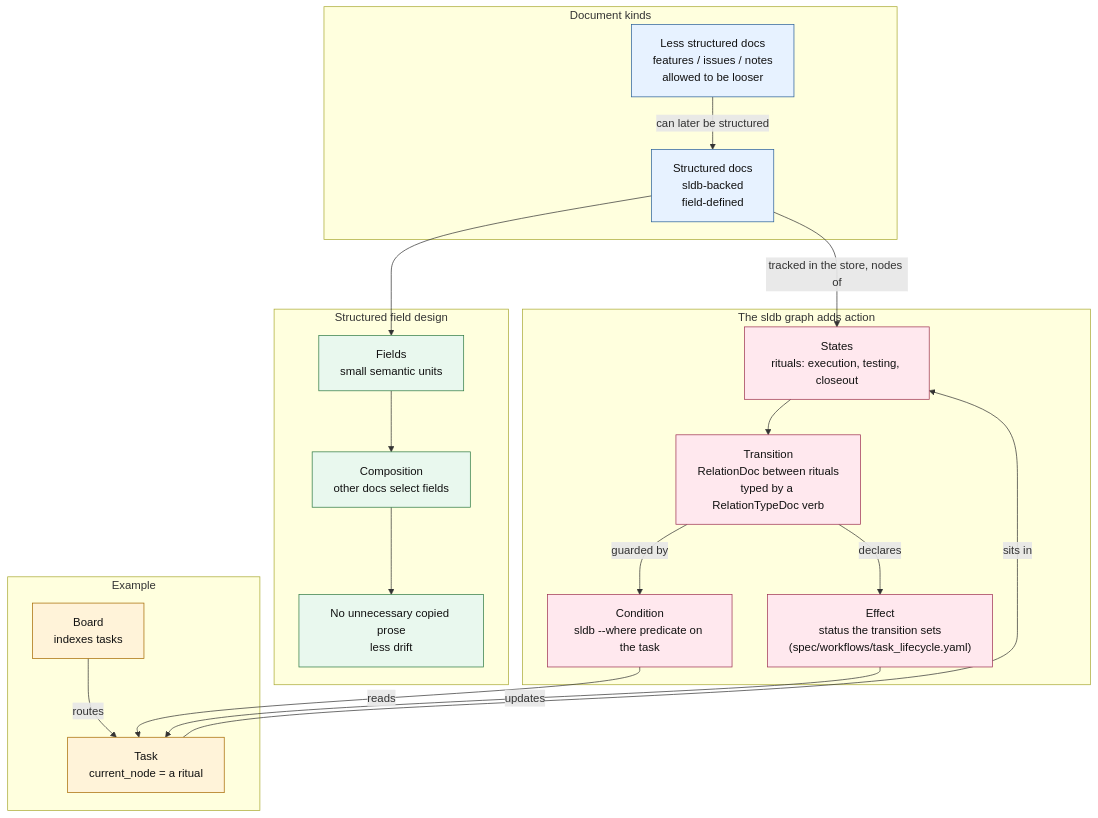
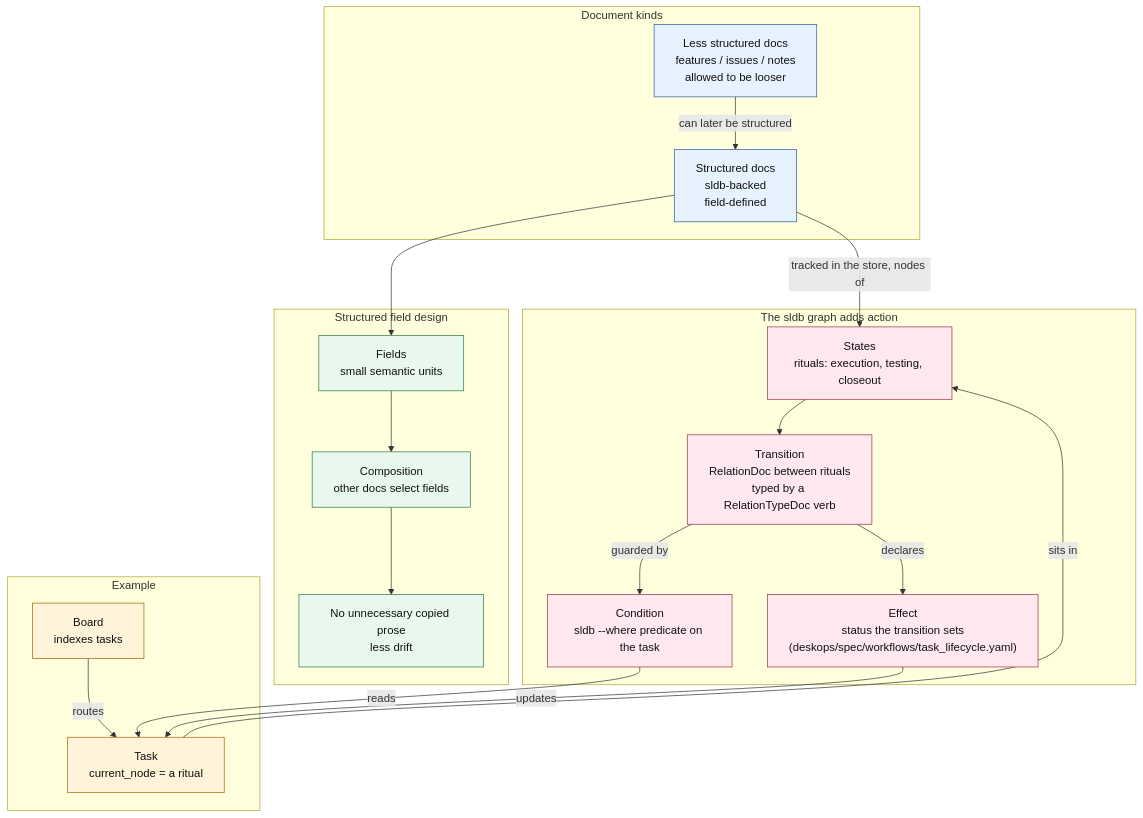
The diagram in docs/diagrams/documents/document-structure-and-primitives.md (jpcosec/opsys), drawn with Mermaid before and after one commit. The commit also changed 99 other files, not shown here.

````diff
--- a/docs/diagrams/documents/document-structure-and-primitives.md
+++ b/docs/diagrams/documents/document-structure-and-primitives.md
@@ -13,49 +13,49 @@
 ```mermaid
 flowchart TB
     subgraph Documents["Document kinds"]
         structured["Structured docs\nsldb-backed\nfield-defined"]
         loose["Less structured docs\nfeatures / issues / notes\nallowed to be looser"]
     end
 
     subgraph Fields["Structured field design"]
         fields["Fields\nsmall semantic units"]
         compose["Composition\nother docs select fields"]
         nodrift["No unnecessary copied prose\nless drift"]
     end
 
     subgraph Graph["The sldb graph adds action"]
         states["States\nrituals: execution, testing, closeout"]
         transition["Transition\nRelationDoc between rituals\ntyped by a RelationTypeDoc verb"]
         condition["Condition\nsldb --where predicate on the task"]
-        effect["Effect\nstatus the transition sets\n(spec/workflows/task_lifecycle.yaml)"]
+        effect["Effect\nstatus the transition sets\n(deskops/spec/workflows/task_lifecycle.yaml)"]
     end
 
     subgraph Example["Example"]
         board["Board\nindexes tasks"]
         task["Task\ncurrent_node = a ritual"]
     end
 
     structured --> fields
     fields --> compose
     compose --> nodrift
     loose -->|can later be structured| structured
 
     structured -->|tracked in the store, nodes of| states
     states --> transition
     transition -->|guarded by| condition
     transition -->|declares| effect
 
     board -->|routes| task
     task -->|sits in| states
     condition -->|reads| task
     effect -->|updates| task
 
     classDef docs fill:#e7f2ff,stroke:#2a6099,color:#111;
     classDef fields fill:#e9f8ee,stroke:#2f7a44,color:#111;
     classDef action fill:#ffe8ee,stroke:#9e3152,color:#111;
     classDef example fill:#fff3d9,stroke:#a66a00,color:#111;
     class structured,loose docs;
     class fields,compose,nodrift fields;
     class states,transition,condition,effect action;
     class board,task example;
 ```
````
